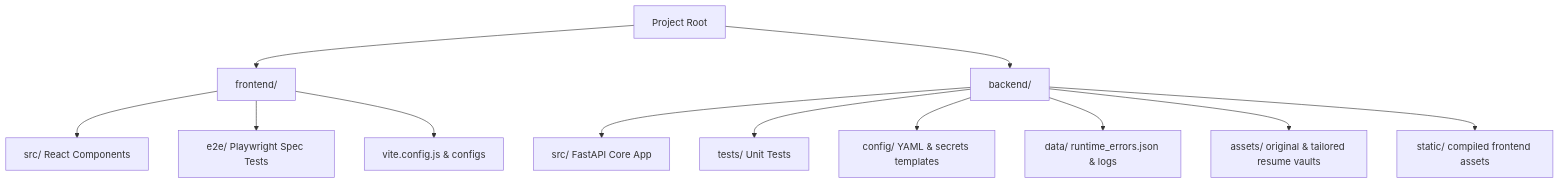
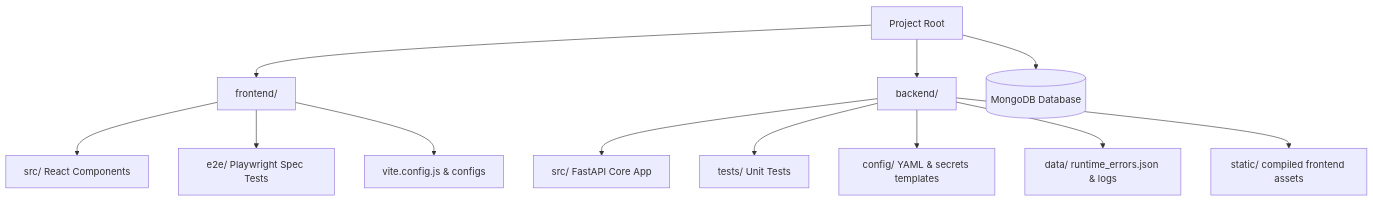
One commit to nitin048/job_application_system changed the second of 2 diagrams in README.md. Above: the diagram before and after it, drawn with Mermaid. The commit also changed other lines of this file and 22 other files, not shown here.

````diff
--- a/README.md
+++ b/README.md
@@ -85,16 +85,16 @@
 ```mermaid
 graph TD
     Root[Project Root] --> Frontend[frontend/]
     Root --> Backend[backend/]
+    Root --> DB[(MongoDB Database)]
     
     Frontend --> F_Src[src/ React Components]
     Frontend --> F_E2E[e2e/ Playwright Spec Tests]
     Frontend --> F_Config[vite.config.js & configs]
     
     Backend --> B_Src[src/ FastAPI Core App]
     Backend --> B_Tests[tests/ Unit Tests]
     Backend --> B_Config[config/ YAML & secrets templates]
     Backend --> B_Data[data/ runtime_errors.json & logs]
-    Backend --> B_Assets[assets/ original & tailored resume vaults]
     Backend --> B_Static[static/ compiled frontend assets]
 ```
````
